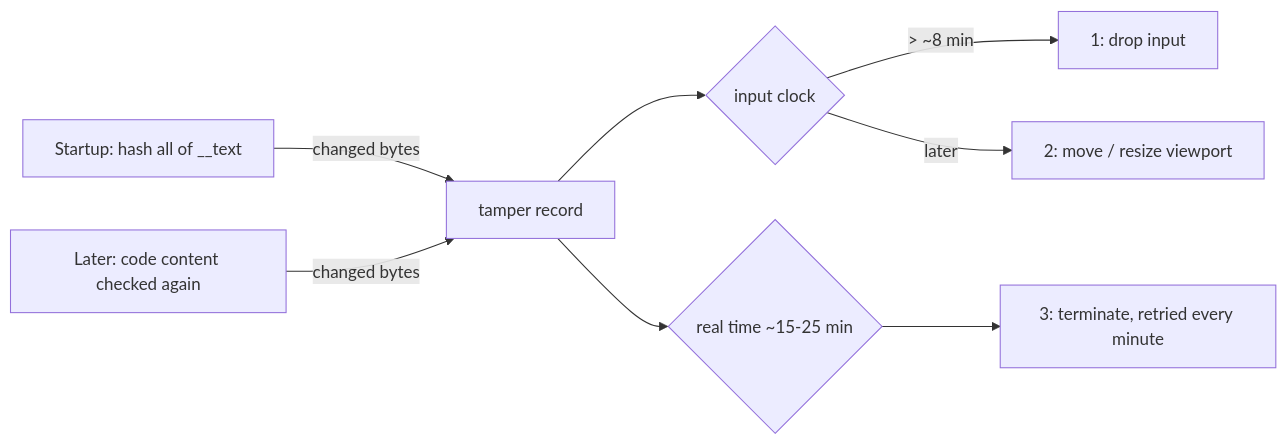
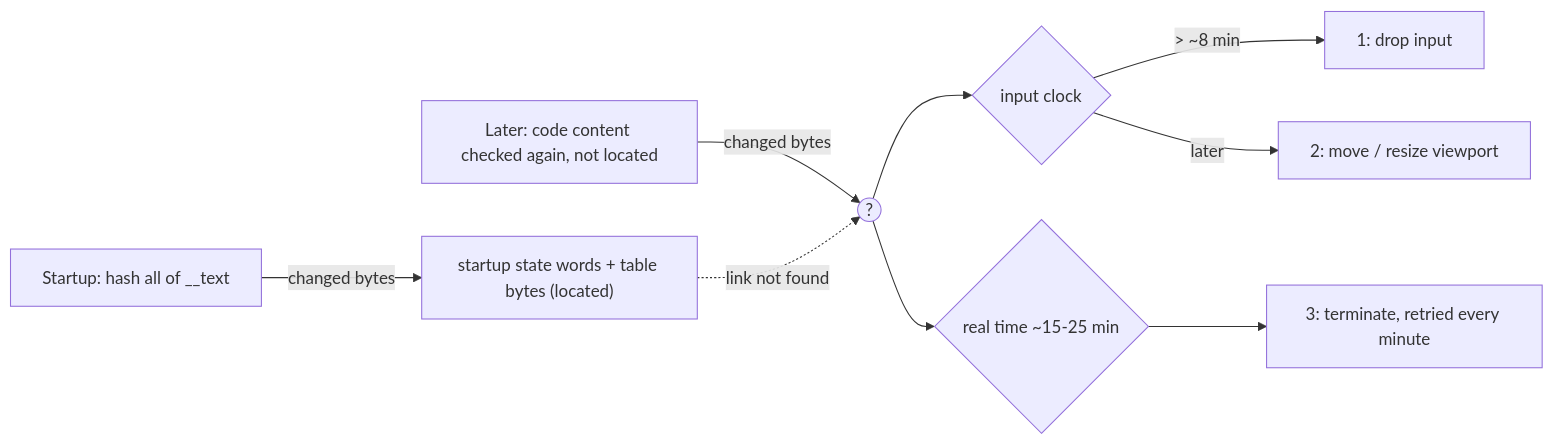
The diagram in docs/macos/anti-tamper-overview.md (rfuzzo/TWASE), drawn with Mermaid before and after one commit. The commit also changed other lines of this file and 4 other files, not shown here.

````diff
--- a/docs/macos/anti-tamper-overview.md
+++ b/docs/macos/anti-tamper-overview.md
@@ -22,10 +22,11 @@
 ```mermaid
 flowchart LR
-    S[Startup: hash all of __text] -->|changed bytes| R[tamper record]
-    L[Later: code content checked again] -->|changed bytes| R
-    R --> C{input clock}
+    S[Startup: hash all of __text] -->|changed bytes| W["startup state words + table bytes (located)"]
+    L[Later: code content checked again, not located] -->|changed bytes| U((?))
+    W -.->|link not found| U
+    U --> C{input clock}
     C -->|> ~8 min| S1[1: drop input]
     C -->|later| S2[2: move / resize viewport]
-    R --> T{real time ~15-25 min}
+    U --> T{real time ~15-25 min}
     T --> S3[3: terminate, retried every minute]
 ```
````
